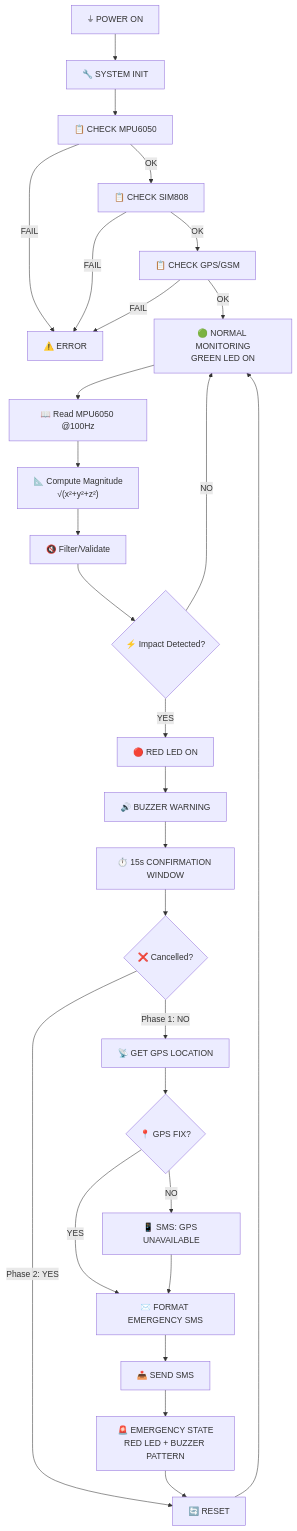
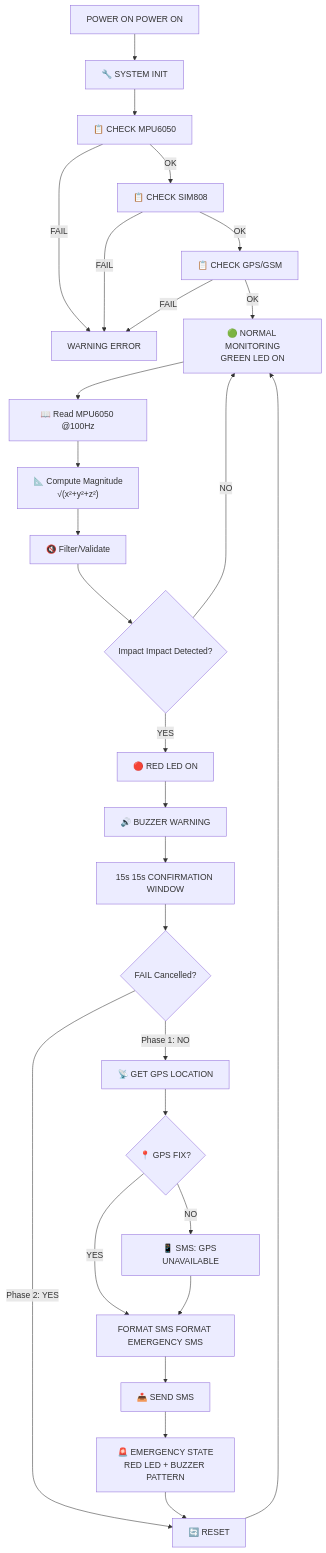
The first of 7 diagrams in docs/FLOWCHART.md (qppd/smart-vehicle-impact-detection-device), drawn with Mermaid before and after one commit. The commit also changed other lines of this file and 10 other files, not shown here.

````diff
--- a/docs/FLOWCHART.md
+++ b/docs/FLOWCHART.md
@@ -8,34 +8,34 @@
 ```mermaid
 flowchart TD
-    POWER["⏚ POWER ON"] --> INIT["🔧 SYSTEM INIT"]
+    POWER["POWER ON POWER ON"] --> INIT["🔧 SYSTEM INIT"]
     INIT --> CHECK_MPU["📋 CHECK MPU6050"]
-    CHECK_MPU -->|FAIL| ERROR["⚠️ ERROR"]
+    CHECK_MPU -->|FAIL| ERROR["WARNING ERROR"]
     CHECK_MPU -->|OK| CHECK_SIM["📋 CHECK SIM808"]
     CHECK_SIM -->|FAIL| ERROR
     CHECK_SIM -->|OK| CHECK_GPS["📋 CHECK GPS/GSM"]
     CHECK_GPS -->|FAIL| ERROR
     CHECK_GPS -->|OK| MONITOR["🟢 NORMAL MONITORING<br/>GREEN LED ON"]
 
     MONITOR --> READ_MPU["📖 Read MPU6050 @100Hz"]
     READ_MPU --> COMPUTE["📐 Compute Magnitude<br/>√(x²+y²+z²)"]
     COMPUTE --> FILTER["🔇 Filter/Validate"]
-    FILTER --> IMPACT{"⚡ Impact Detected?"}
+    FILTER --> IMPACT{"Impact Impact Detected?"}
     IMPACT -->|NO| MONITOR
 
     IMPACT -->|YES| RED_ON["🔴 RED LED ON"]
     RED_ON --> BUZZER_WARN["🔊 BUZZER WARNING"]
-    BUZZER_WARN --> COUNTDOWN["⏱️ 15s CONFIRMATION WINDOW"]
-    COUNTDOWN --> CANCELLED{"❌ Cancelled?"}
+    BUZZER_WARN --> COUNTDOWN["15s 15s CONFIRMATION WINDOW"]
+    COUNTDOWN --> CANCELLED{"FAIL Cancelled?"}
 
     CANCELLED -->|Phase 2: YES| RESET["🔄 RESET"]
     RESET --> MONITOR
 
     CANCELLED -->|Phase 1: NO| GPS_START["📡 GET GPS LOCATION"]
     GPS_START --> GPS_POLL{"📍 GPS FIX?"}
     GPS_POLL -->|NO| GPS_UNAVAIL["📱 SMS: GPS UNAVAILABLE"]
-    GPS_POLL -->|YES| FORMAT_SMS["✉️ FORMAT EMERGENCY SMS"]
+    GPS_POLL -->|YES| FORMAT_SMS["FORMAT SMS FORMAT EMERGENCY SMS"]
     GPS_UNAVAIL --> FORMAT_SMS
     FORMAT_SMS --> SEND_SMS["📤 SEND SMS"]
     SEND_SMS --> EMERGENCY["🚨 EMERGENCY STATE<br/>RED LED + BUZZER PATTERN"]
     EMERGENCY --> RESET
 ```
````
